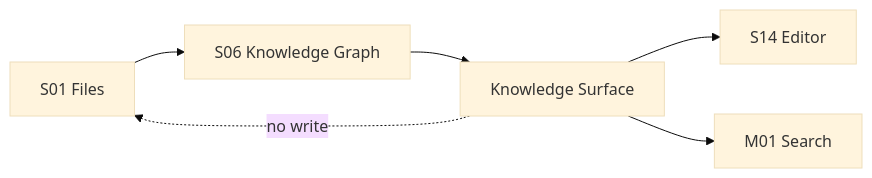
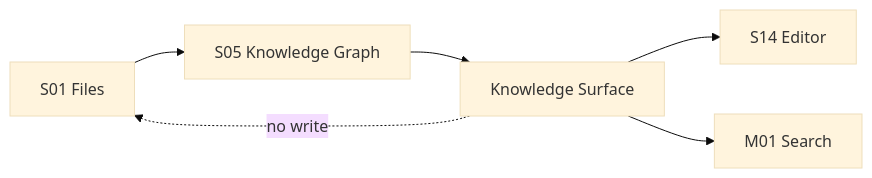
One commit to jinhuang712/open-novel changed the diagram in spec/M10-knowledge-surface.md. Above: the diagram before and after it, drawn with Mermaid (base theme). The commit also changed other lines of this file and 79 other files, not shown here.

````diff
--- a/spec/M10-knowledge-surface.md
+++ b/spec/M10-knowledge-surface.md
@@ -19,8 +19,8 @@
 ```mermaid
 flowchart LR
-  Files[S01 Files] --> KG[S06 Knowledge Graph]
+  Files[S01 Files] --> KG[S05 Knowledge Graph]
   KG --> Surface[Knowledge Surface]
   Surface --> Editor[S14 Editor]
   Surface --> Search[M01 Search]
   Surface -.no write.-> Files
 ```
````
